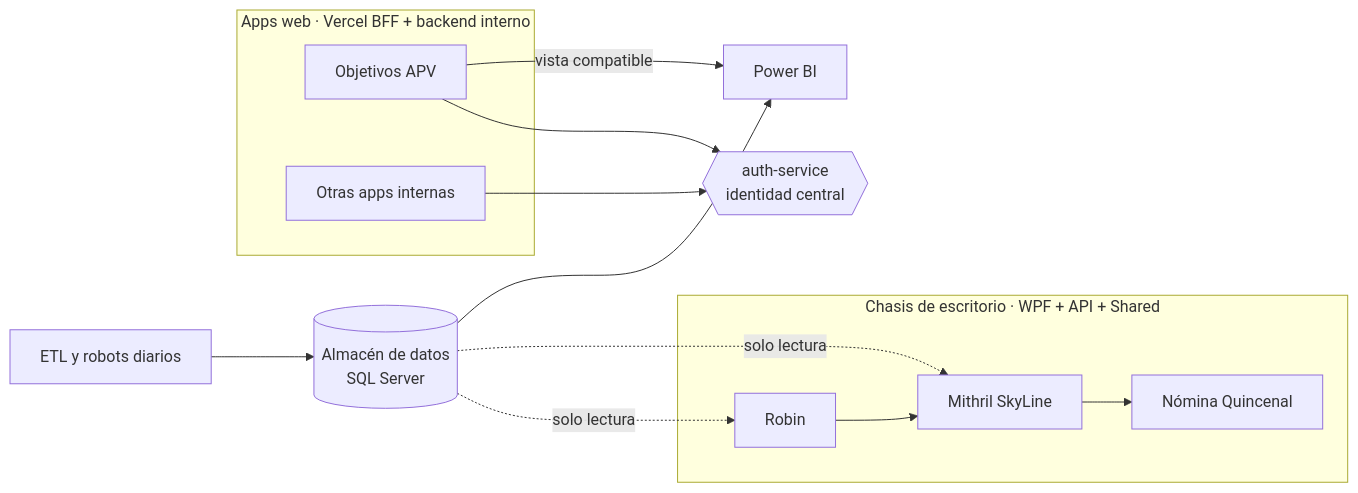
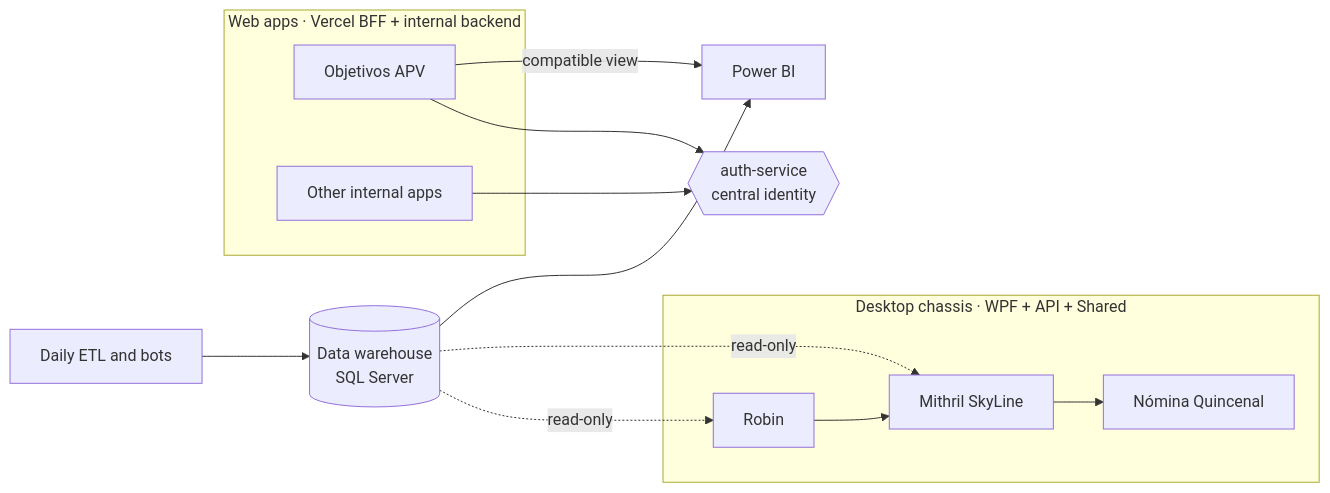
Before and after one commit to tochtlani/tochtlani: the diagram in README.md, drawn with Mermaid. The commit also changed other lines of this file and 1 other file, not shown here.

````diff
--- a/README.md
+++ b/README.md
@@ -60,19 +64,19 @@
 ```mermaid
 flowchart LR
-    subgraph Escritorio["Chasis de escritorio · WPF + API + Shared"]
+    subgraph Desktop["Desktop chassis · WPF + API + Shared"]
         R[Robin] --> M[Mithril SkyLine] --> N[Nómina Quincenal]
     end
-    subgraph Web["Apps web · Vercel BFF + backend interno"]
+    subgraph Web["Web apps · Vercel BFF + internal backend"]
         O[Objetivos APV]
-        X[Otras apps internas]
+        X[Other internal apps]
     end
-    A{{auth-service<br/>identidad central}}
+    A{{auth-service<br/>central identity}}
     O --> A
     X --> A
-    DW[(Almacén de datos<br/>SQL Server)]
-    ETL[ETL y robots diarios] --> DW
-    DW -. solo lectura .-> R
-    DW -. solo lectura .-> M
-    O -->|vista compatible| PBI[Power BI]
+    DW[(Data warehouse<br/>SQL Server)]
+    ETL[Daily ETL and bots] --> DW
+    DW -. read-only .-> R
+    DW -. read-only .-> M
+    O -->|compatible view| PBI[Power BI]
     DW --> PBI
 ```
````
